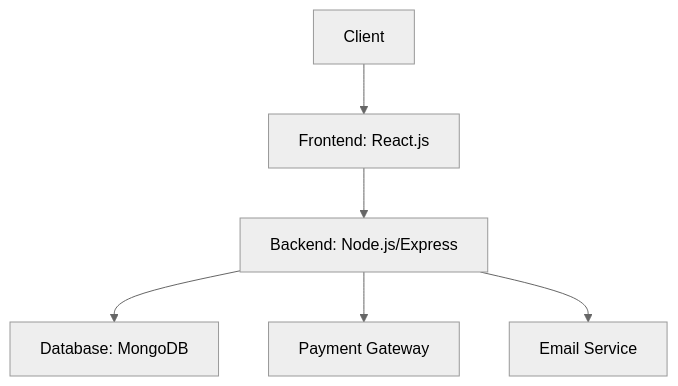
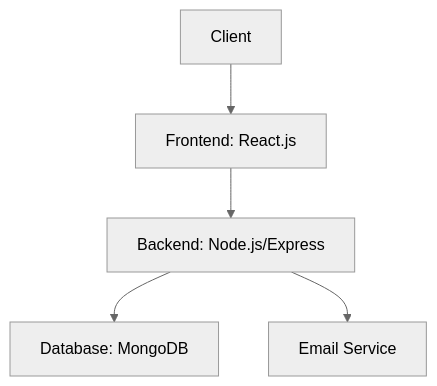
The first of 2 diagrams in Docs/Documentation.md (AlshimaaAhmed-374/CozaStore-E-commerce-Website), drawn with Mermaid (neutral theme) before and after one commit. The commit also changed other lines of this file, not shown here.

````diff
--- a/Docs/Documentation.md
+++ b/Docs/Documentation.md
@@ -208,10 +208,9 @@
 ```mermaid
 
 graph TD
     A[Client] --> B[Frontend: React.js]
     B --> C[Backend: Node.js/Express]
     C --> D[Database: MongoDB]
-    C --> E[Payment Gateway]
     C --> F[Email Service]
 
 ```
````
